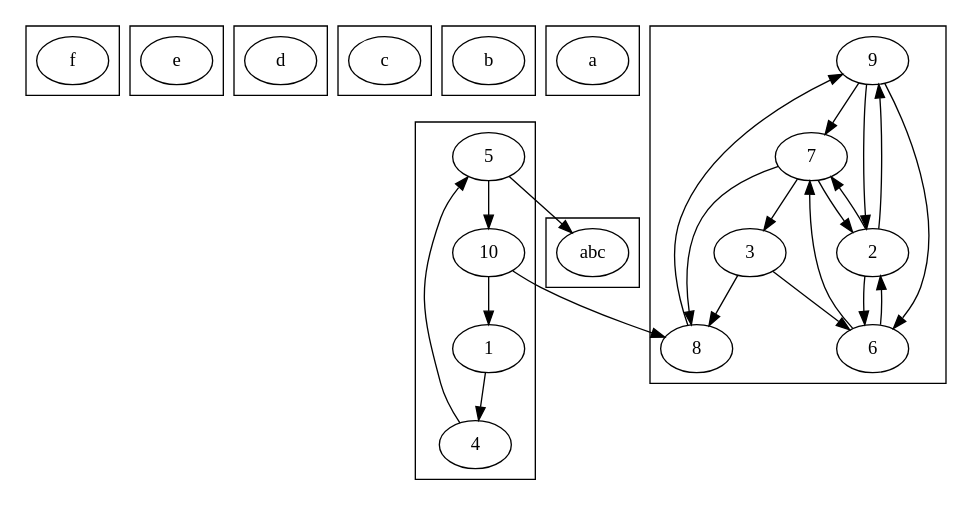
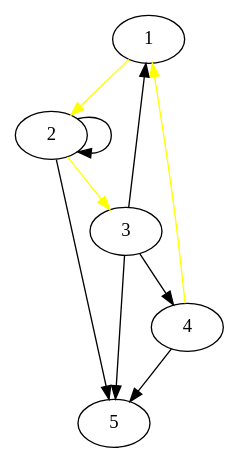
One commit to MichaelKolesnikov/Graphs changed the diagram in Visualization/output_graph.dot. Above: the diagram before and after it, drawn with Graphviz. The commit also changed 6 other files, not shown here.

```diff
--- a/Visualization/output_graph.dot
+++ b/Visualization/output_graph.dot
@@ -1,77 +1,26 @@
 digraph G {
-subgraph cluster_1 {
-f;
+1;
+2;
+4;
+5;
+3;
+1 -> 2 [color=yellow]
+;
+4 -> 5 [color=black]
+;
+2 -> 3 [color=yellow]
+;
+3 -> 5 [color=black]
+;
+2 -> 5 [color=black]
+;
+2 -> 2 [color=black]
+;
+3 -> 4 [color=black]
+;
+4 -> 1 [color=yellow]
+;
+3 -> 1 [color=black]
+;
+
 }
-subgraph cluster_2 {
-e;
-}
-subgraph cluster_3 {
-d;
-}
-subgraph cluster_4 {
-c;
-}
-subgraph cluster_5 {
-b;
-}
-subgraph cluster_6 {
-a;
-}
-subgraph cluster_7 {
-5;
-1;
-10;
-4;
-}
-subgraph cluster_8 {
-abc;
-}
-subgraph cluster_9 {
-9;
-7;
-6;
-8;
-2;
-3;
-}
-1 -> 4 []
-;
-7 -> 8 []
-;
-5 -> 10 []
-;
-8 -> 9 []
-;
-9 -> 6 []
-;
-2 -> 6 []
-;
-6 -> 2 []
-;
-3 -> 8 []
-;
-9 -> 2 []
-;
-7 -> 2 []
-;
-9 -> 7 []
-;
-4 -> 5 []
-;
-3 -> 6 []
-;
-7 -> 3 []
-;
-6 -> 7 []
-;
-10 -> 8 []
-;
-10 -> 1 []
-;
-2 -> 9 []
-;
-2 -> 7 []
-;
-5 -> abc []
-;
-}
```
